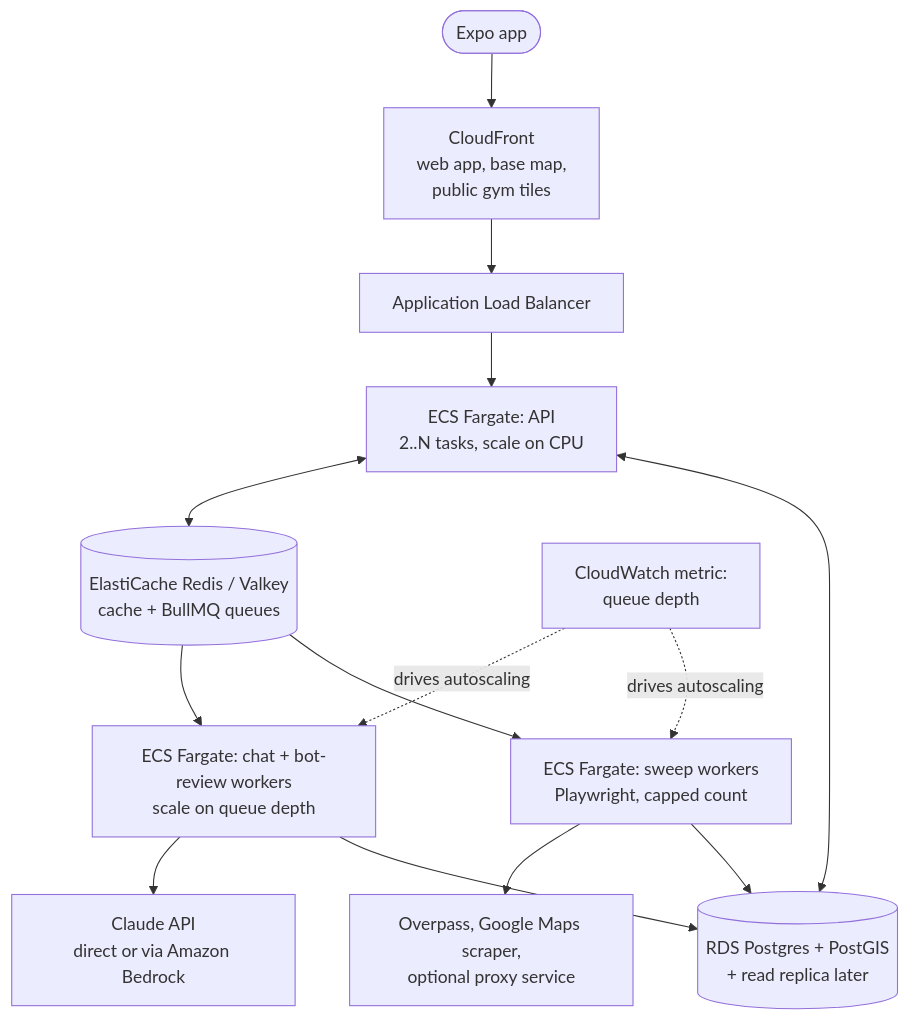
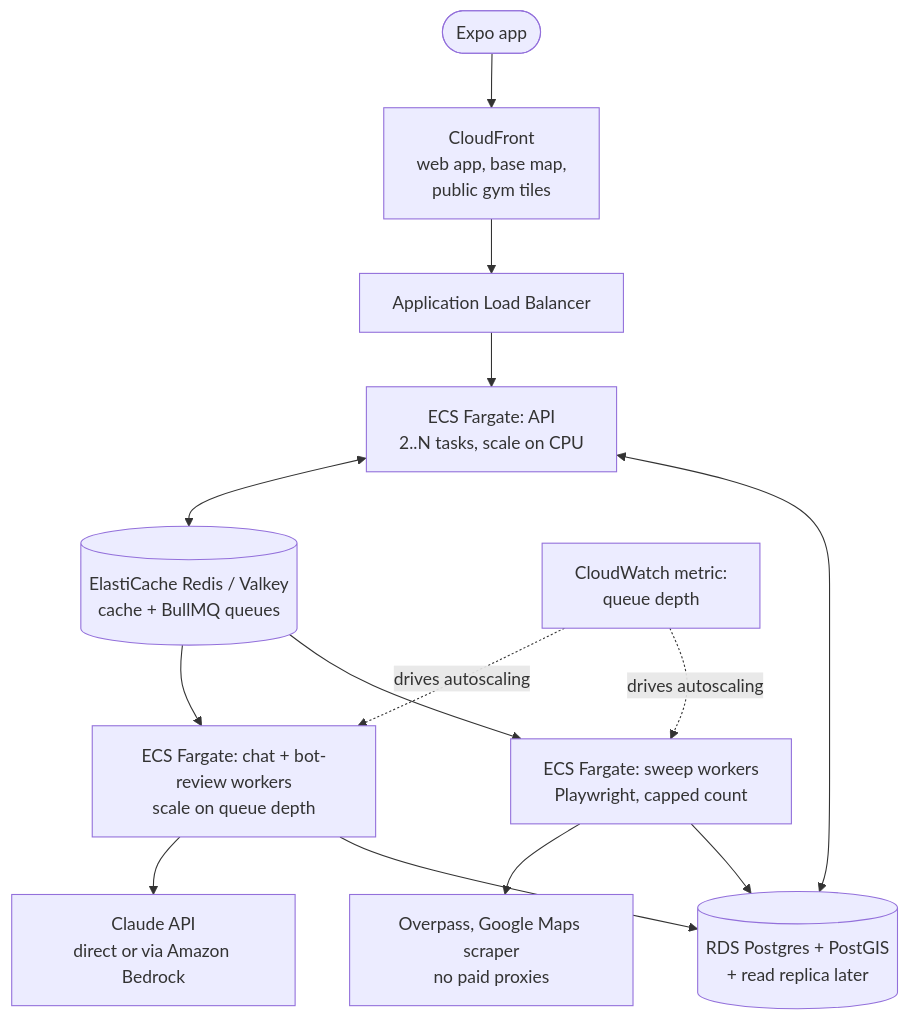
One commit to AbsentLung/TravelApp changed the third of 8 diagrams in STACK_AND_SCHEMA.md. Above: the diagram before and after it, drawn with Mermaid. The commit also changed other lines of this file, not shown here.

First line of the commit message:
Record Joey's stack/schema decisions; answer Kafka/RabbitMQ, R-tree, map questions; compare with vibe-coded schema

````diff
--- a/STACK_AND_SCHEMA.md
+++ b/STACK_AND_SCHEMA.md
@@ -134,14 +138,14 @@
 ```mermaid
 flowchart TB
     U([Expo app]) --> CF[CloudFront<br/>web app, base map,<br/>public gym tiles]
     CF --> ALB[Application Load Balancer]
     ALB --> API[ECS Fargate: API<br/>2..N tasks, scale on CPU]
     API <--> EC[(ElastiCache Redis / Valkey<br/>cache + BullMQ queues)]
     API <--> RDS[(RDS Postgres + PostGIS<br/>+ read replica later)]
     EC --> WC[ECS Fargate: chat + bot-review workers<br/>scale on queue depth]
     EC --> WS[ECS Fargate: sweep workers<br/>Playwright, capped count]
     WC --> CL[Claude API<br/>direct or via Amazon Bedrock]
-    WS --> SRC[Overpass, Google Maps scraper,<br/>optional proxy service]
+    WS --> SRC[Overpass, Google Maps scraper<br/>no paid proxies]
     WC & WS --> RDS
     CW[CloudWatch metric:<br/>queue depth] -. drives autoscaling .-> WC & WS
 ```
````
